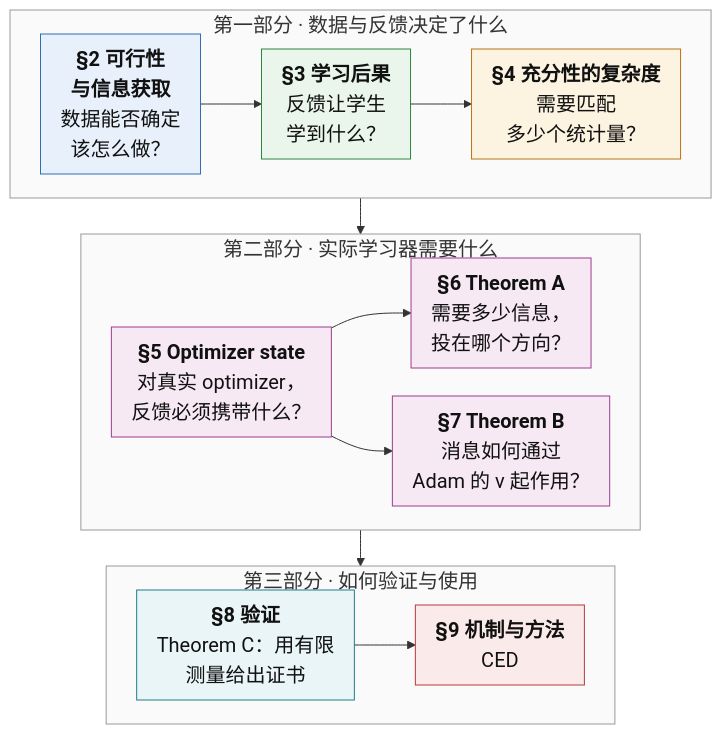
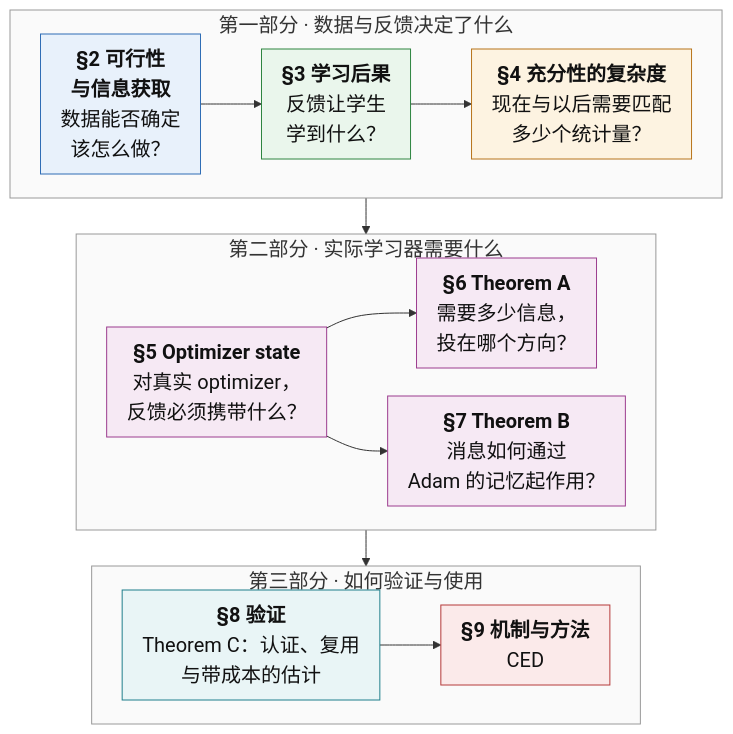
Before and after one commit to XueqiC/ICML27_agent_distillation: the first of 9 diagrams in theoretical_framework/README_ZH.md, drawn with Mermaid. The commit also changed other lines of this file and 222 other files, not shown here.

````diff
--- a/theoretical_framework/README_ZH.md
+++ b/theoretical_framework/README_ZH.md
@@ -89,35 +98,35 @@
 ```mermaid
 %%{init: {"themeVariables": {"fontSize": "20px"}, "flowchart": {"nodeSpacing": 28, "rankSpacing": 36, "padding": 10, "wrappingWidth": 260}}}%%
 flowchart TB
   subgraph P1["第一部分 · 数据与反馈决定了什么"]
     direction LR
     S2["<b>§2 可行性<br/>与信息获取</b><br/>数据能否确定<br/>该怎么做？"]:::b1
     S3["<b>§3 学习后果</b><br/>反馈让学生<br/>学到什么？"]:::b2
-    S4["<b>§4 充分性的复杂度</b><br/>需要匹配<br/>多少个统计量？"]:::b3
+    S4["<b>§4 充分性的复杂度</b><br/>现在与以后需要匹配<br/>多少个统计量？"]:::b3
     S2 --> S3 --> S4
   end
   subgraph P2["第二部分 · 实际学习器需要什么"]
     direction LR
     S5["<b>§5 Optimizer state</b><br/>对真实 optimizer，<br/>反馈必须携带什么？"]:::b4
     S6["<b>§6 Theorem A</b><br/>需要多少信息，<br/>投在哪个方向？"]:::b4
-    S7["<b>§7 Theorem B</b><br/>消息如何通过<br/>Adam 的 v 起作用？"]:::b4
+    S7["<b>§7 Theorem B</b><br/>消息如何通过<br/>Adam 的记忆起作用？"]:::b4
     S5 --> S6
     S5 --> S7
   end
   subgraph P3["第三部分 · 如何验证与使用"]
     direction LR
-    S8["<b>§8 验证</b><br/>Theorem C：用有限<br/>测量给出证书"]:::b5
+    S8["<b>§8 验证</b><br/>Theorem C：认证、复用<br/>与带成本的估计"]:::b5
     S9["<b>§9 机制与方法</b><br/>CED"]:::b6
     S8 --> S9
   end
   P1 --> P2 --> P3
   style P1 fill:#fafafa,stroke:#999
   style P2 fill:#fafafa,stroke:#999
   style P3 fill:#fafafa,stroke:#999
   classDef b1 fill:#e8f1fb,stroke:#2f6db5,color:#111
   classDef b2 fill:#eaf6ec,stroke:#2e8540,color:#111
   classDef b3 fill:#fdf3e1,stroke:#b8741a,color:#111
   classDef b4 fill:#f6e9f4,stroke:#9c3d8f,color:#111
   classDef b5 fill:#e9f5f6,stroke:#1f7f8c,color:#111
   classDef b6 fill:#fbeaea,stroke:#b53b3b,color:#111
 ```
````
